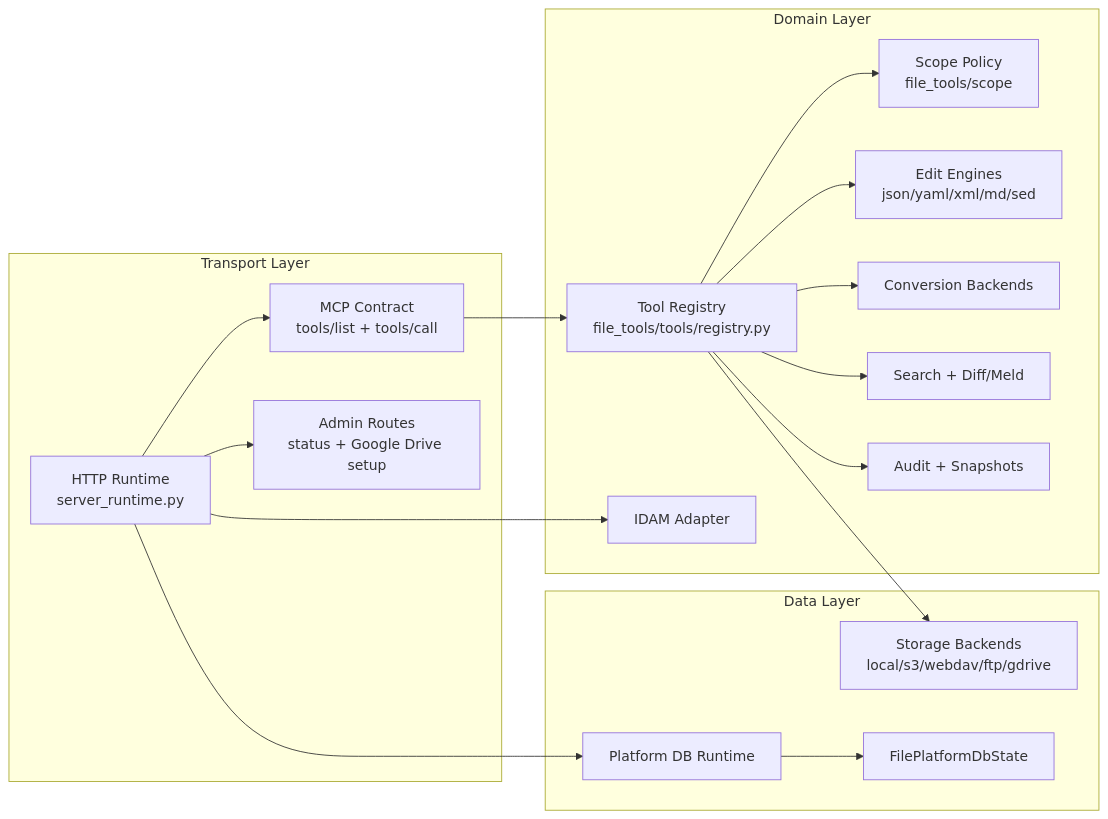
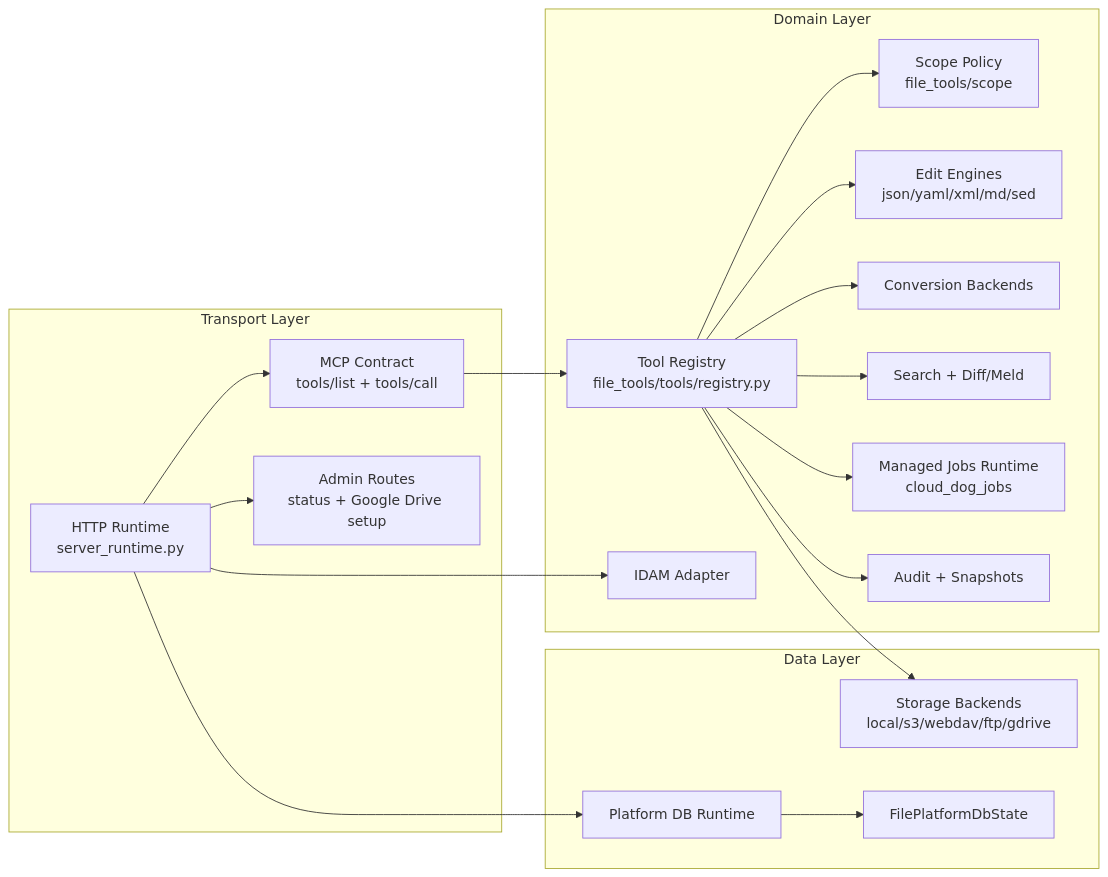
One commit to Cloud-Dog-AI/file-mcp-server changed the second of 8 diagrams in docs/ARCHITECTURE.md. Above: the diagram before and after it, drawn with Mermaid. The commit also changed other lines of this file and 15 other files, not shown here.

````diff
--- a/docs/ARCHITECTURE.md
+++ b/docs/ARCHITECTURE.md
@@ -47,35 +47,37 @@
 ```mermaid
 graph LR
     subgraph Transport Layer
         HTTP[HTTP Runtime<br/>server_runtime.py]
         MCP[MCP Contract<br/>tools/list + tools/call]
         ADMIN[Admin Routes<br/>status + Google Drive setup]
     end
 
     subgraph Domain Layer
         REG[Tool Registry<br/>file_tools/tools/registry.py]
         SCOPE[Scope Policy<br/>file_tools/scope]
         EDIT[Edit Engines<br/>json/yaml/xml/md/sed]
         CONV[Conversion Backends]
         SEARCH[Search + Diff/Meld]
+        JOBS[Managed Jobs Runtime<br/>cloud_dog_jobs]
         AUTH[IDAM Adapter]
         AUDIT[Audit + Snapshots]
     end
 
     subgraph Data Layer
         STORAGE[Storage Backends<br/>local/s3/webdav/ftp/gdrive]
         DBRT[Platform DB Runtime]
         STATE[FilePlatformDbState]
     end
 
     HTTP --> MCP --> REG
     HTTP --> ADMIN
     REG --> SCOPE
     REG --> EDIT
     REG --> CONV
     REG --> SEARCH
+    REG --> JOBS
     REG --> STORAGE
     HTTP --> AUTH
     REG --> AUDIT
     HTTP --> DBRT --> STATE
 ```
````
